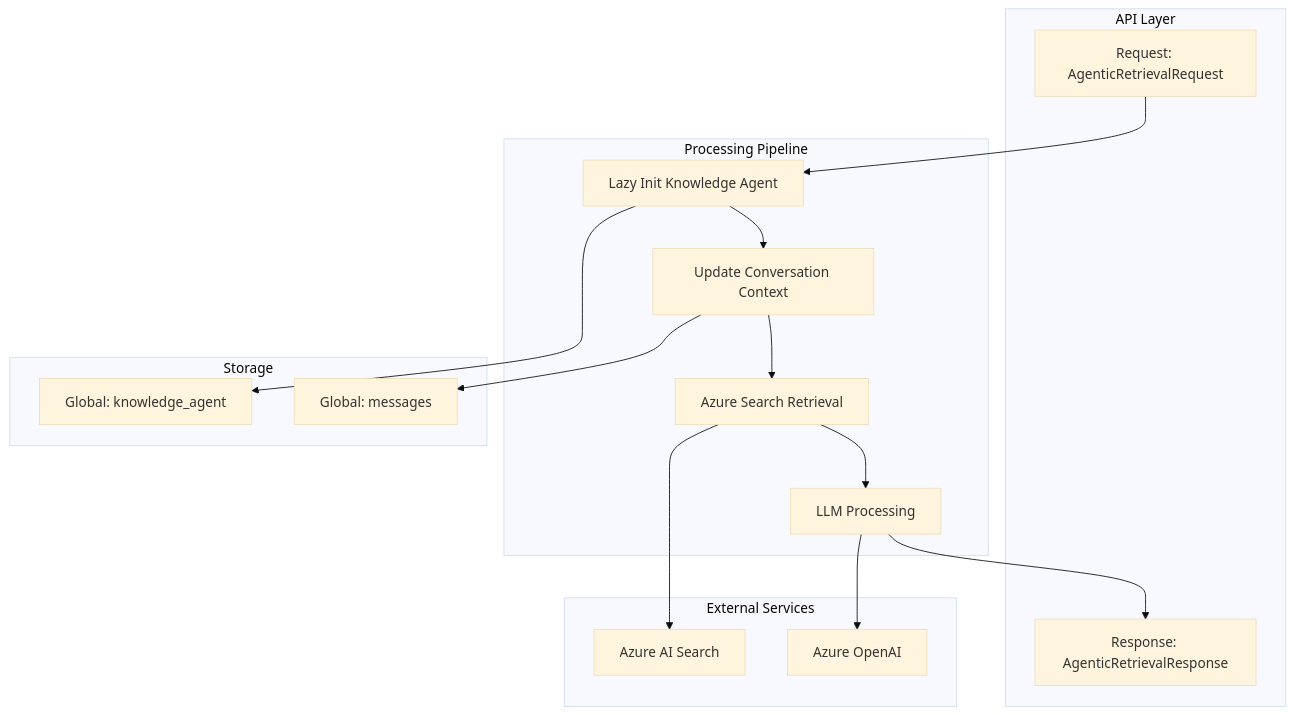
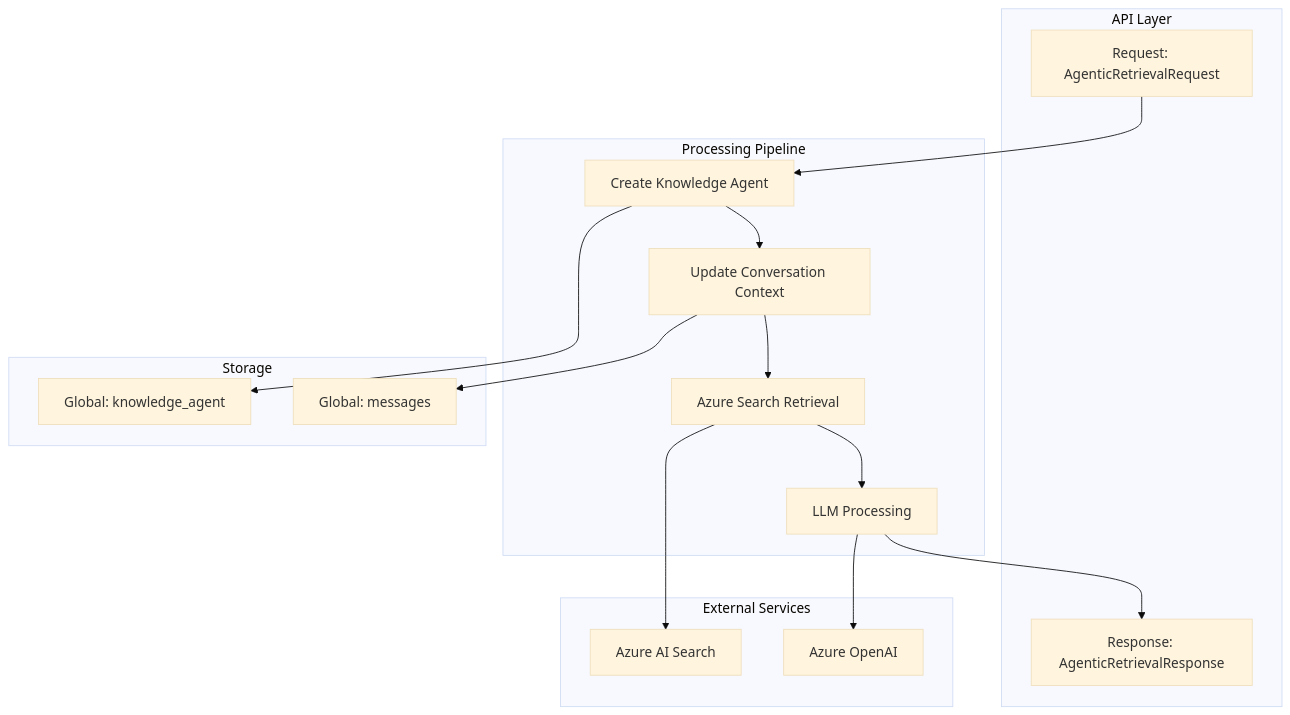
Before and after one commit to bhushang19/agentic-retrieval-azure-search: the third of 3 diagrams in readme.md, drawn with Mermaid (base theme). The commit also changed other lines of this file, not shown here.

````diff
--- a/readme.md
+++ b/readme.md
@@ -136,34 +136,34 @@
 ```mermaid
 flowchart TD
     subgraph API["API Layer"]
         REQ[Request: AgenticRetrievalRequest]
         RES[Response: AgenticRetrievalResponse]
     end
     
     subgraph PIPELINE["Processing Pipeline"]
-        INIT[Lazy Init Knowledge Agent]
+        INIT[Create Knowledge Agent]
         CTX[Update Conversation Context]
         RET[Azure Search Retrieval]
         LLM[LLM Processing]
     end
     
     subgraph STORAGE["Storage"]
         GA[Global: knowledge_agent]
         GM[Global: messages]
     end
     
     subgraph EXTERNAL["External Services"]
         AS[Azure AI Search]
         AOI[Azure OpenAI]
     end
     
     REQ --> INIT
     INIT --> GA
     INIT --> CTX
     CTX --> GM
     CTX --> RET
     RET --> AS
     RET --> LLM
     LLM --> AOI
     LLM --> RES
 ```
````
